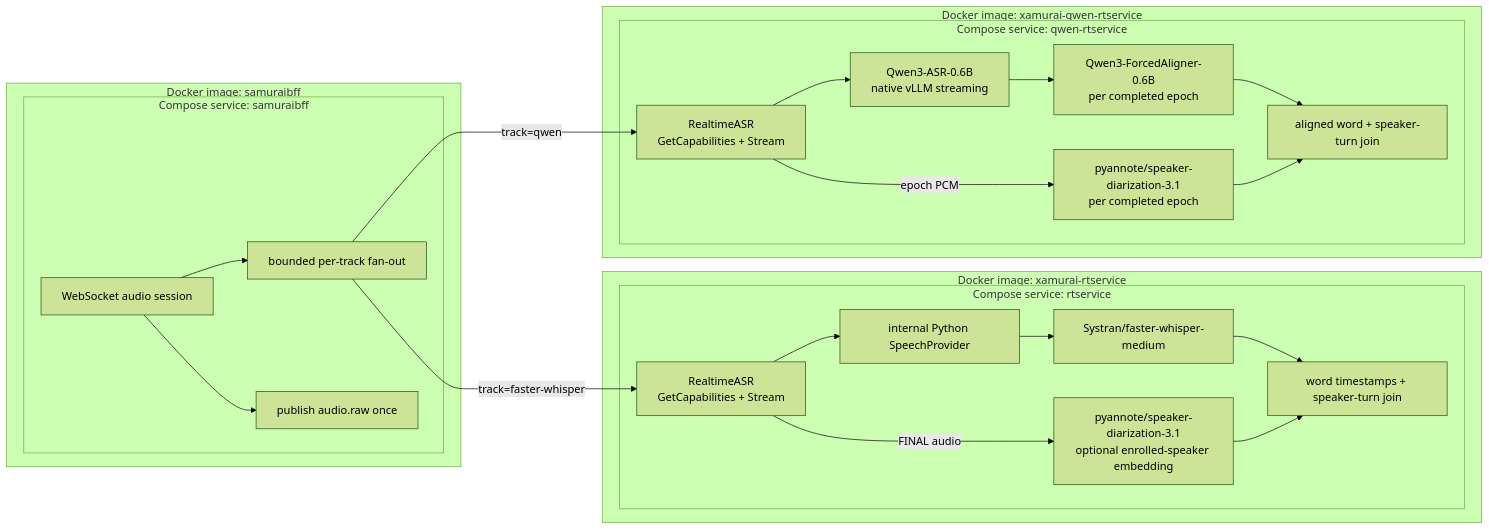
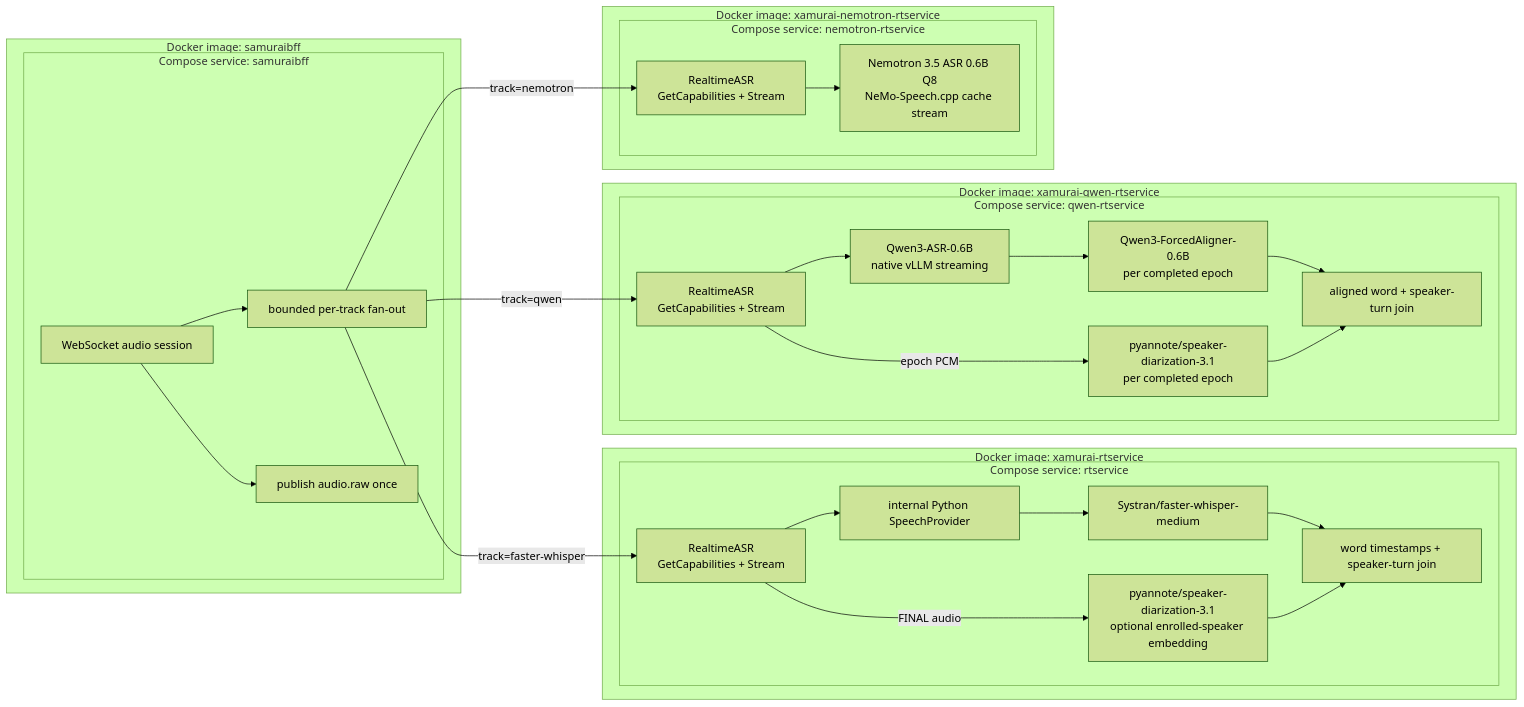
Before and after one commit to nanosamurai/xamurai: the diagram in README.MD, drawn with Mermaid (forest theme). The commit also changed other lines of this file and 3 other files, not shown here.

Commit message:
Package Nemotron realtime service

````diff
--- a/README.MD
+++ b/README.MD
@@ -41,39 +43,48 @@
 ```mermaid
 flowchart LR
     subgraph bffImage["Docker image: samuraibff"]
         subgraph bffService["Compose service: samuraibff"]
             WS["WebSocket audio session"]
             Fanout["bounded per-track fan-out"]
             KafkaOnce["publish audio.raw once"]
         end
     end
 
     subgraph fasterImage["Docker image: xamurai-rtservice"]
         subgraph fasterService["Compose service: rtservice"]
             FasterAPI["RealtimeASR\nGetCapabilities + Stream"]
             SpeechProvider["internal Python SpeechProvider"]
             Faster["Systran/faster-whisper-medium"]
             FasterDiar["pyannote/speaker-diarization-3.1\noptional enrolled-speaker embedding"]
             FasterJoin["word timestamps + speaker-turn join"]
         end
     end
 
     subgraph qwenImage["Docker image: xamurai-qwen-rtservice"]
         subgraph qwenService["Compose service: qwen-rtservice"]
             QwenAPI["RealtimeASR\nGetCapabilities + Stream"]
             QwenBackend["Qwen3-ASR-0.6B\nnative vLLM streaming"]
             QwenAligner["Qwen3-ForcedAligner-0.6B\nper completed epoch"]
             QwenDiar["pyannote/speaker-diarization-3.1\nper completed epoch"]
             QwenJoin["aligned word + speaker-turn join"]
         end
     end
 
+    subgraph nemotronImage["Docker image: xamurai-nemotron-rtservice"]
+        subgraph nemotronService["Compose service: nemotron-rtservice"]
+            NemotronAPI["RealtimeASR\nGetCapabilities + Stream"]
+            NemotronNative["Nemotron 3.5 ASR 0.6B Q8\nNeMo-Speech.cpp cache stream"]
+        end
+    end
+
     WS --> Fanout
     WS --> KafkaOnce
     Fanout -->|"track=faster-whisper"| FasterAPI
     Fanout -->|"track=qwen"| QwenAPI
+    Fanout -->|"track=nemotron"| NemotronAPI
     FasterAPI --> SpeechProvider --> Faster --> FasterJoin
     FasterAPI -->|"FINAL audio"| FasterDiar --> FasterJoin
     QwenAPI --> QwenBackend --> QwenAligner --> QwenJoin
     QwenAPI -->|"epoch PCM"| QwenDiar --> QwenJoin
+    NemotronAPI --> NemotronNative
 ```
````
